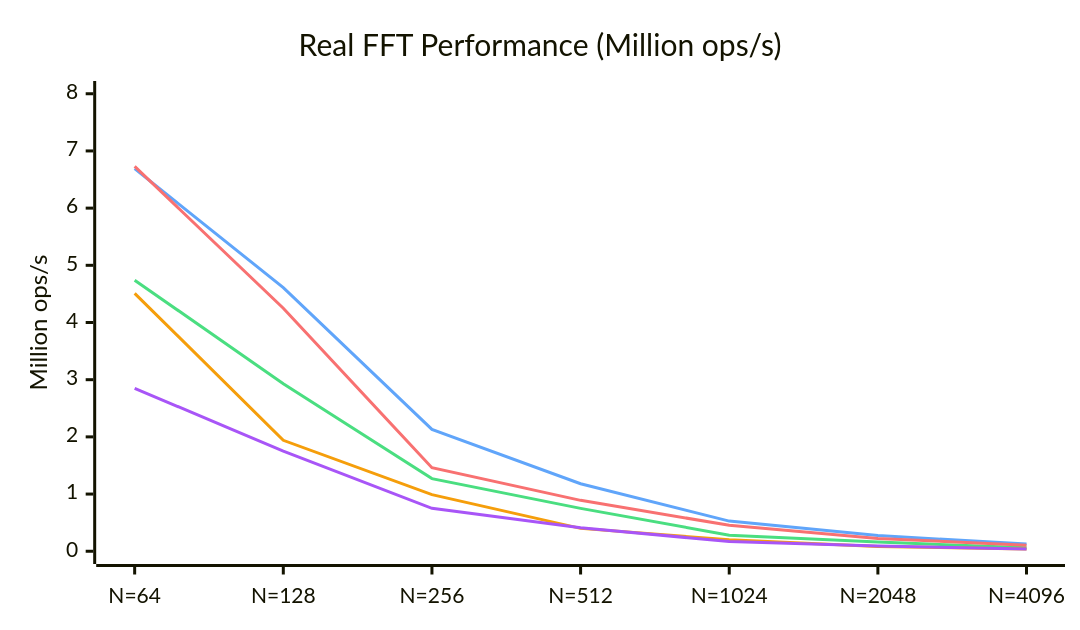
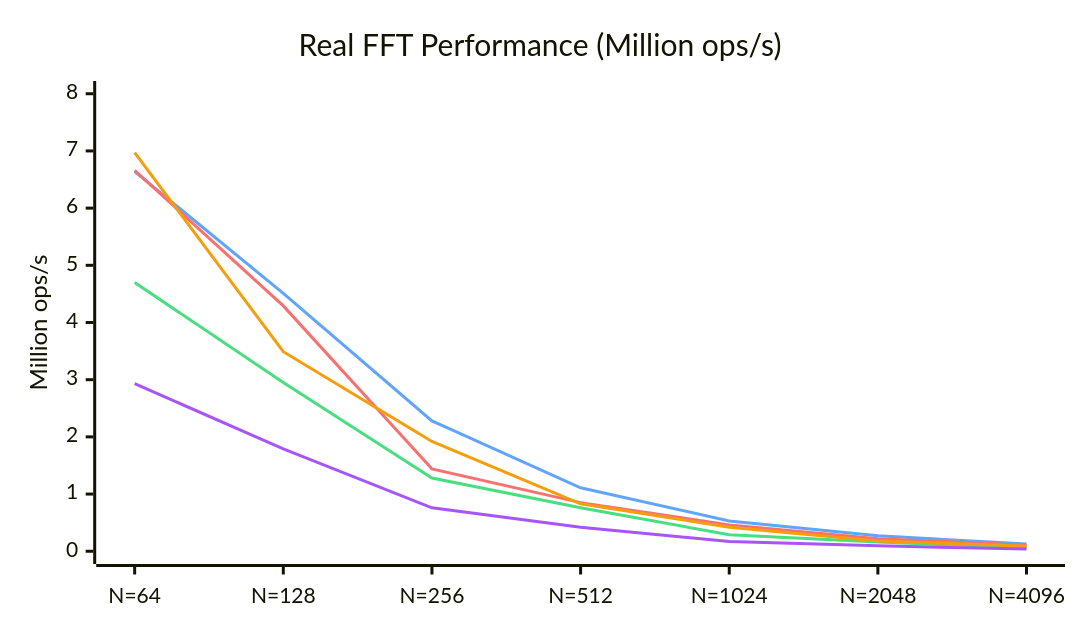
The second of 2 diagrams in README.md (EmNudge/wat-fft), drawn with Mermaid before and after one commit. The commit also changed other lines of this file and 6 other files, not shown here.

````diff
--- a/README.md
+++ b/README.md
@@ -60,20 +60,20 @@
 ```mermaid
 ---
 config:
     xyChart:
         width: 700
         height: 400
     themeVariables:
         xyChart:
             plotColorPalette: "#4ade80, #60a5fa, #f87171, #f59e0b, #a855f7"
 ---
 xychart-beta
     title "Real FFT Performance (Million ops/s)"
     x-axis [N=64, N=128, N=256, N=512, N=1024, N=2048, N=4096]
     y-axis "Million ops/s" 0 --> 8
-    line [4.74, 2.93, 1.27, 0.75, 0.28, 0.16, 0.063]
-    line [6.69, 4.61, 2.13, 1.18, 0.527, 0.274, 0.125]
-    line [6.73, 4.25, 1.46, 0.89, 0.454, 0.224, 0.104]
-    line [4.51, 1.94, 0.99, 0.40, 0.20, 0.085, 0.041]
-    line [2.85, 1.75, 0.75, 0.41, 0.17, 0.092, 0.039]
+    line [4.70, 2.95, 1.28, 0.76, 0.29, 0.16, 0.063]
+    line [6.64, 4.51, 2.28, 1.11, 0.53, 0.27, 0.126]
+    line [6.66, 4.29, 1.44, 0.85, 0.46, 0.22, 0.106]
+    line [6.97, 3.49, 1.92, 0.83, 0.42, 0.18, 0.089]
+    line [2.93, 1.79, 0.76, 0.42, 0.17, 0.094, 0.039]
 ```
````
